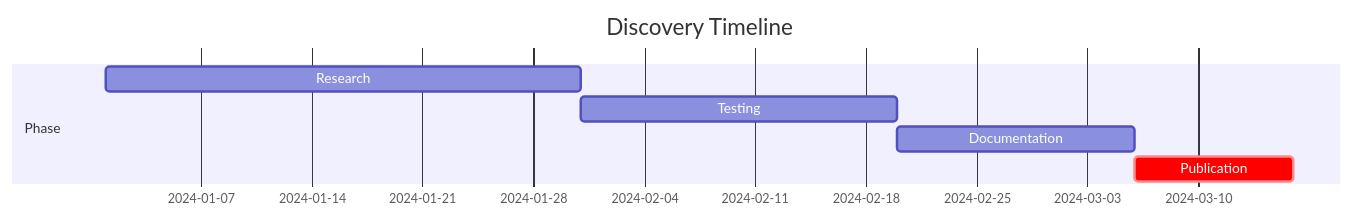
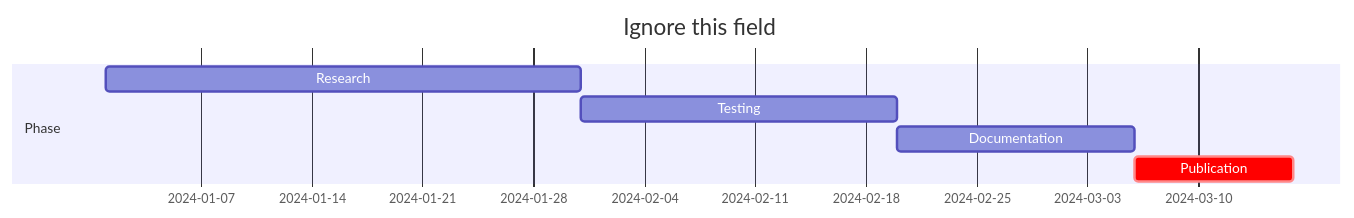
Before and after one commit to BKMzero/ultrabroken-documentation: the sixth of 8 diagrams in docs/wiki/guide.md, drawn with Mermaid. The commit also changed other lines of this file, not shown here.

Commit message:
style: update gantt chart title to 'Ignore this field'

````diff
--- a/docs/wiki/guide.md
+++ b/docs/wiki/guide.md
@@ -713,10 +713,10 @@
 ```mermaid
 gantt
-    title Discovery Timeline
+    title Ignore this field
     dateFormat YYYY-MM-DD
     section Phase
     Research           :a1, 2024-01-01, 30d
     Testing            :a2, after a1, 20d
     Documentation      :a3, after a2, 15d
     Publication        :crit, a4, after a3, 10d
 ```
````
